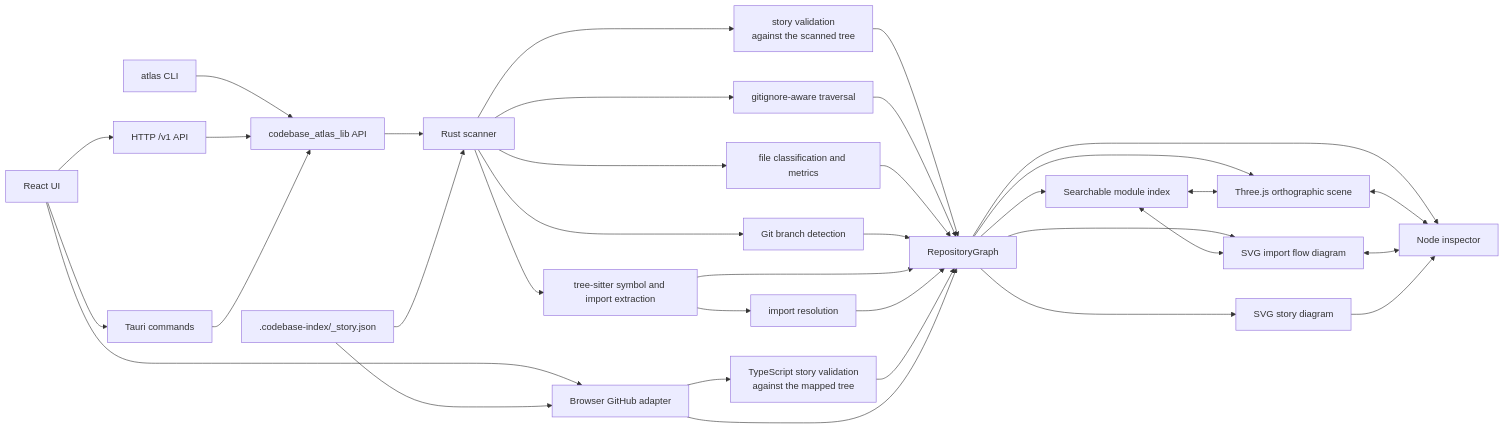
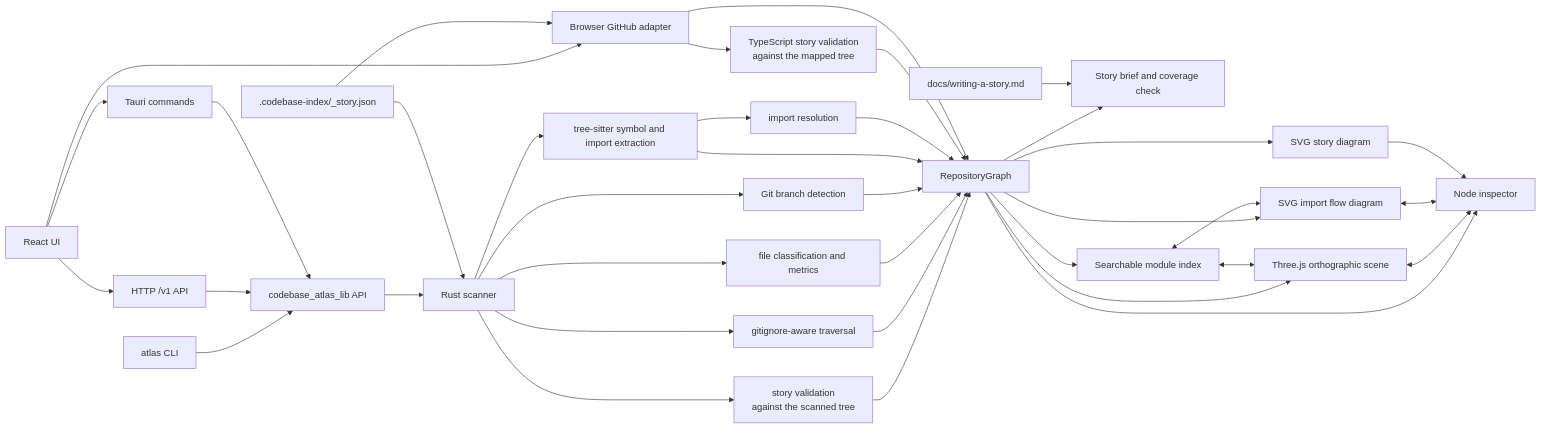
The first of 4 diagrams in README.md (Volpestyle/codebase-atlas), drawn with Mermaid before and after one commit. The commit also changed other lines of this file and 6 other files, not shown here.

Commit message:
feat: brief and check stories with the atlas CLI

````diff
--- a/README.md
+++ b/README.md
@@ -9,37 +9,39 @@
 ```mermaid
 flowchart LR
     CLI[atlas CLI] --> API[codebase_atlas_lib API]
     HTTP[HTTP /v1 API] --> API
     Tauri[Tauri commands] --> API
     UI[React UI] --> Tauri
     UI --> HTTP
     UI --> GH[Browser GitHub adapter]
     API --> C[Rust scanner]
     C --> D[gitignore-aware traversal]
     C --> E[file classification and metrics]
     C --> F[Git branch detection]
     C --> O[tree-sitter symbol and import extraction]
     O --> R[import resolution]
     C --> V[story validation<br/>against the scanned tree]
     V --> G
     D --> G[RepositoryGraph]
     E --> G
     F --> G
     O --> G
     R --> G
     GH --> W[TypeScript story validation<br/>against the mapped tree]
     W --> G
     GH --> G
     M --> GH
     M[".codebase-index/_story.json"] --> C
+    G --> B[Story brief and coverage check]
+    A[docs/writing-a-story.md] --> B
     G --> I[Searchable module index]
     G --> J[Three.js orthographic scene]
     G --> P[SVG import flow diagram]
     G --> N[SVG story diagram]
     G --> K[Node inspector]
     I <--> J
     I <--> P
     J <--> K
     P <--> K
     N --> K
 ```
````
